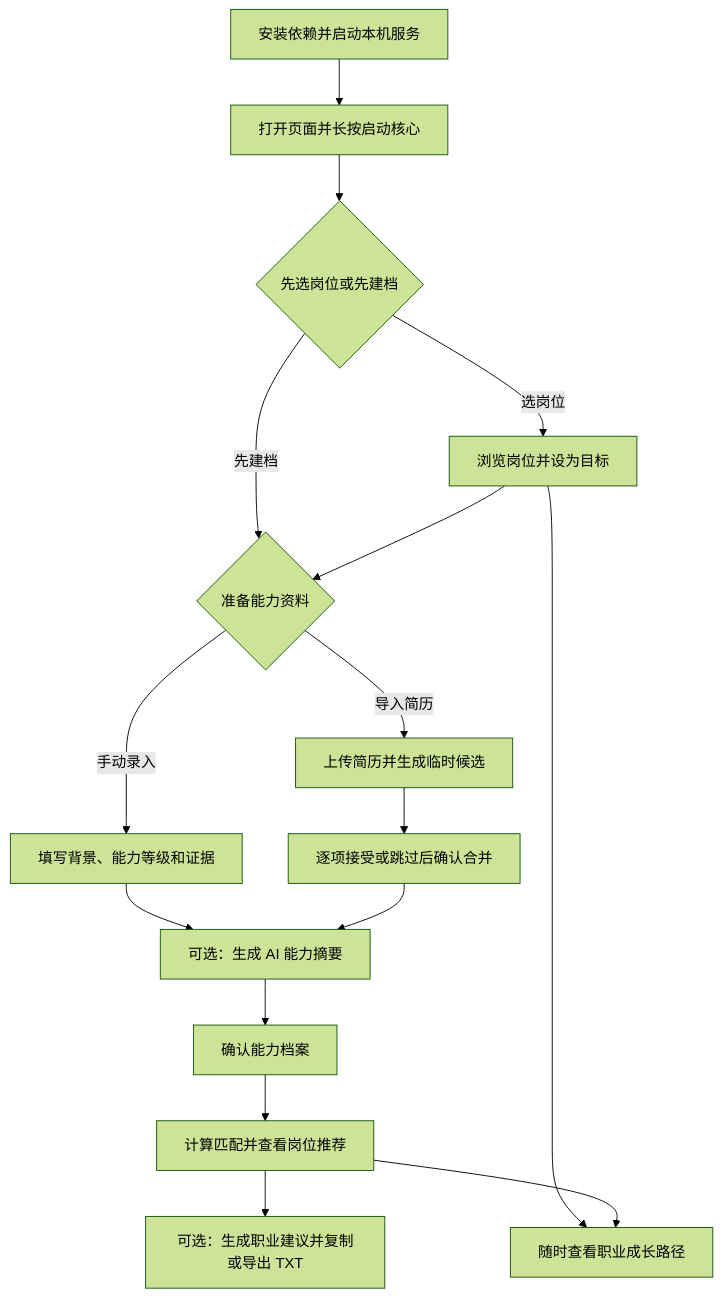
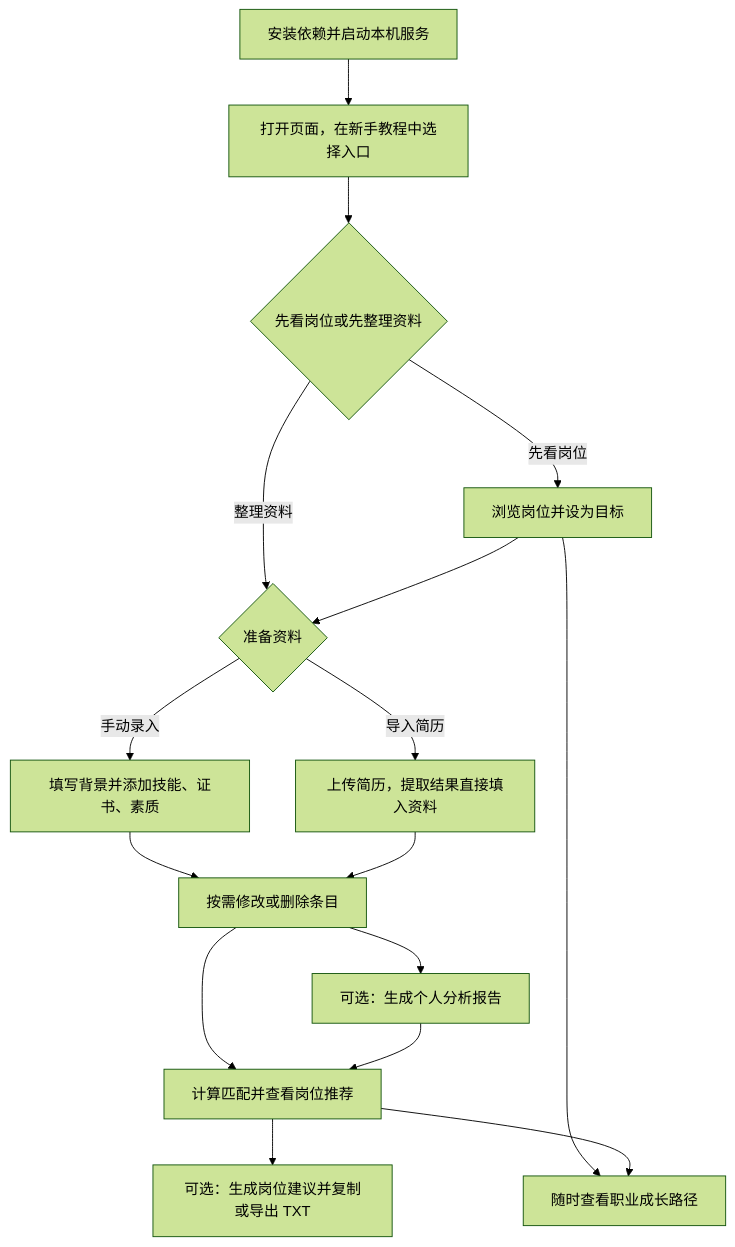
The diagram in docs/项目使用全过程.md (14866312/career-matching-agent), drawn with Mermaid (forest theme) before and after one commit. The commit also changed other lines of this file and 6 other files, not shown here.

```diff
--- a/docs/项目使用全过程.md
+++ b/docs/项目使用全过程.md
@@ -7,18 +7,18 @@
 ~~~mermaid
 flowchart TD
-    A[安装依赖并启动本机服务] --> B[打开页面并长按启动核心]
-    B --> C{先选岗位或先建档}
-    C -->|选岗位| D[浏览岗位并设为目标]
-    C -->|先建档| E{准备能力资料}
+    A[安装依赖并启动本机服务] --> B[打开页面，在新手教程中选择入口]
+    B --> C{先看岗位或先整理资料}
+    C -->|先看岗位| D[浏览岗位并设为目标]
+    C -->|整理资料| E{准备资料}
     D --> E
-    E -->|手动录入| F[填写背景、能力等级和证据]
-    E -->|导入简历| G[上传简历并生成临时候选]
-    G --> H[逐项接受或跳过后确认合并]
-    F --> I[可选：生成 AI 能力摘要]
-    H --> I
-    I --> J[确认能力档案]
-    J --> K[计算匹配并查看岗位推荐]
-    K --> L[可选：生成职业建议并复制或导出 TXT]
+    E -->|手动录入| F[填写背景并添加技能、证书、素质]
+    E -->|导入简历| G[上传简历，提取结果直接填入资料]
+    F --> H[按需修改或删除条目]
+    G --> H
+    H --> I[可选：生成个人分析报告]
+    H --> J[计算匹配并查看岗位推荐]
+    I --> J
+    J --> K[可选：生成岗位建议并复制或导出 TXT]
     D --> M[随时查看职业成长路径]
-    K --> M
+    J --> M
 ~~~
```
